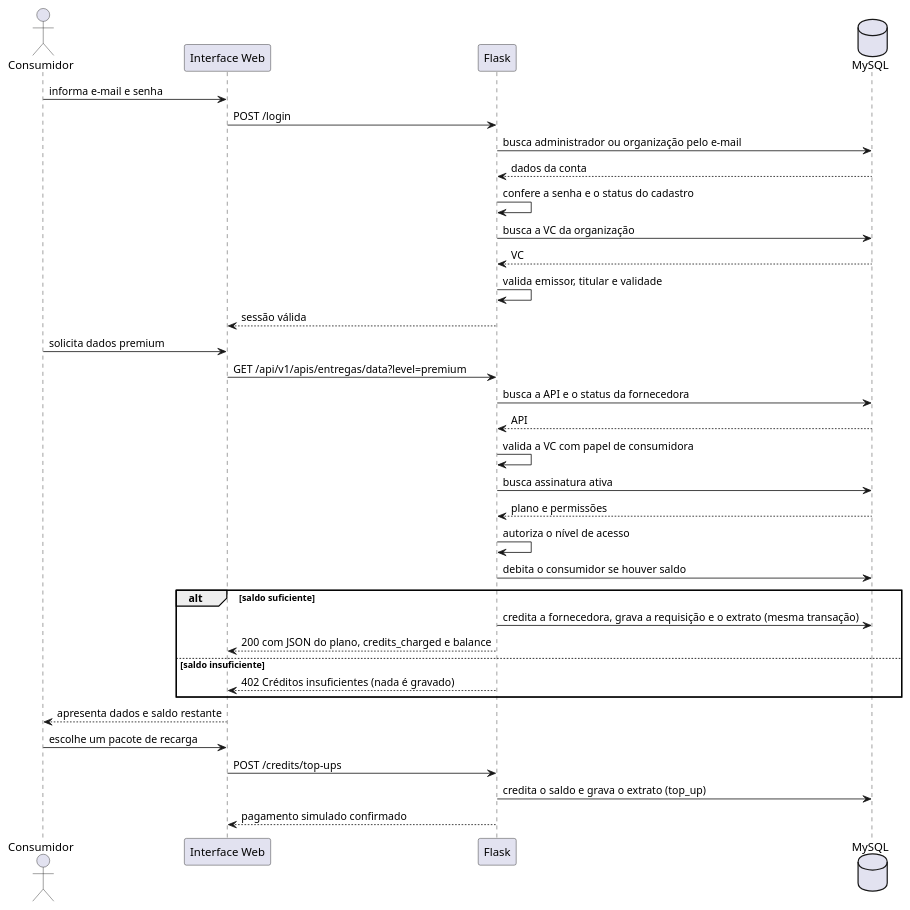
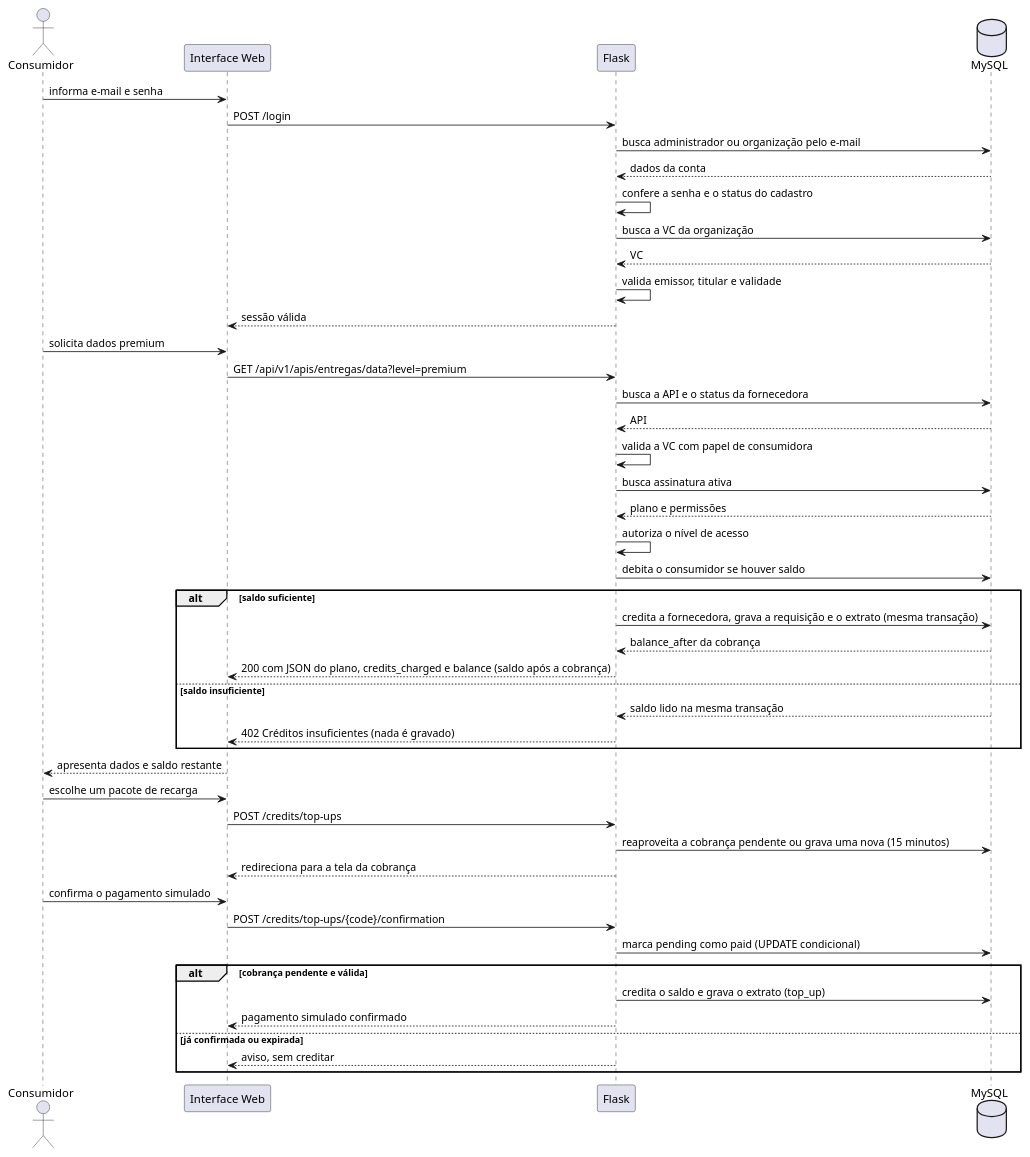
Before and after one commit to Pedro-Henrique-Assis/mvp-dataspaces: the diagram in docs/uml/sequence-consume.puml, drawn with PlantUML. The commit also changed 1 other file, not shown here.

Commit message:
docs: atualizar diagramas UML

```diff
--- a/docs/uml/sequence-consume.puml
+++ b/docs/uml/sequence-consume.puml
@@ -1,38 +1,50 @@
 @startuml
 actor Consumidor
 participant "Interface Web" as UI
 participant "Flask" as App
 database "MySQL" as DB
 
 Consumidor -> UI: informa e-mail e senha
 UI -> App: POST /login
 App -> DB: busca administrador ou organização pelo e-mail
 DB --> App: dados da conta
 App -> App: confere a senha e o status do cadastro
 App -> DB: busca a VC da organização
 DB --> App: VC
 App -> App: valida emissor, titular e validade
 App --> UI: sessão válida
 
 Consumidor -> UI: solicita dados premium
 UI -> App: GET /api/v1/apis/entregas/data?level=premium
 App -> DB: busca a API e o status da fornecedora
 DB --> App: API
 App -> App: valida a VC com papel de consumidora
 App -> DB: busca assinatura ativa
 DB --> App: plano e permissões
 App -> App: autoriza o nível de acesso
 App -> DB: debita o consumidor se houver saldo
 alt saldo suficiente
   App -> DB: credita a fornecedora, grava a requisição e o extrato (mesma transação)
-  App --> UI: 200 com JSON do plano, credits_charged e balance
+  DB --> App: balance_after da cobrança
+  App --> UI: 200 com JSON do plano, credits_charged e balance (saldo após a cobrança)
 else saldo insuficiente
+  DB --> App: saldo lido na mesma transação
   App --> UI: 402 Créditos insuficientes (nada é gravado)
 end
 UI --> Consumidor: apresenta dados e saldo restante
 
 Consumidor -> UI: escolhe um pacote de recarga
 UI -> App: POST /credits/top-ups
-App -> DB: credita o saldo e grava o extrato (top_up)
-App --> UI: pagamento simulado confirmado
+App -> DB: reaproveita a cobrança pendente ou grava uma nova (15 minutos)
+App --> UI: redireciona para a tela da cobrança
+
+Consumidor -> UI: confirma o pagamento simulado
+UI -> App: POST /credits/top-ups/{code}/confirmation
+App -> DB: marca pending como paid (UPDATE condicional)
+alt cobrança pendente e válida
+  App -> DB: credita o saldo e grava o extrato (top_up)
+  App --> UI: pagamento simulado confirmado
+else já confirmada ou expirada
+  App --> UI: aviso, sem creditar
+end
 @enduml
```
